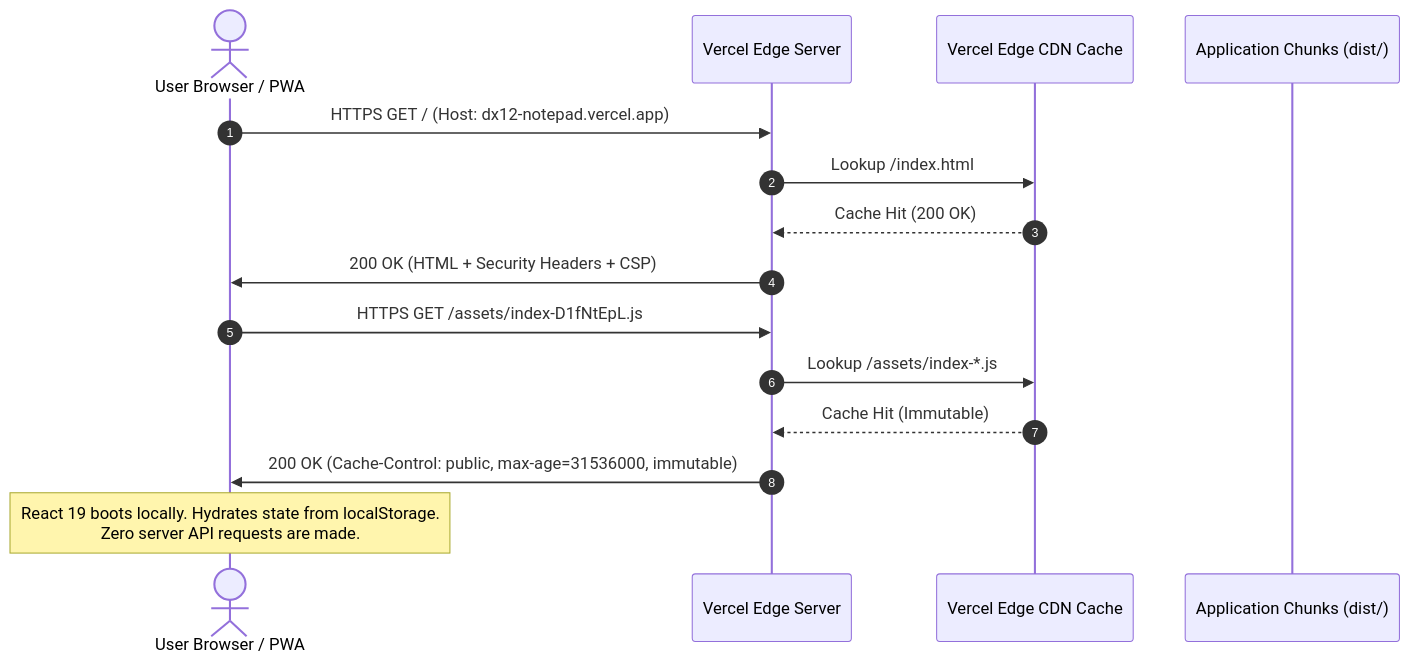
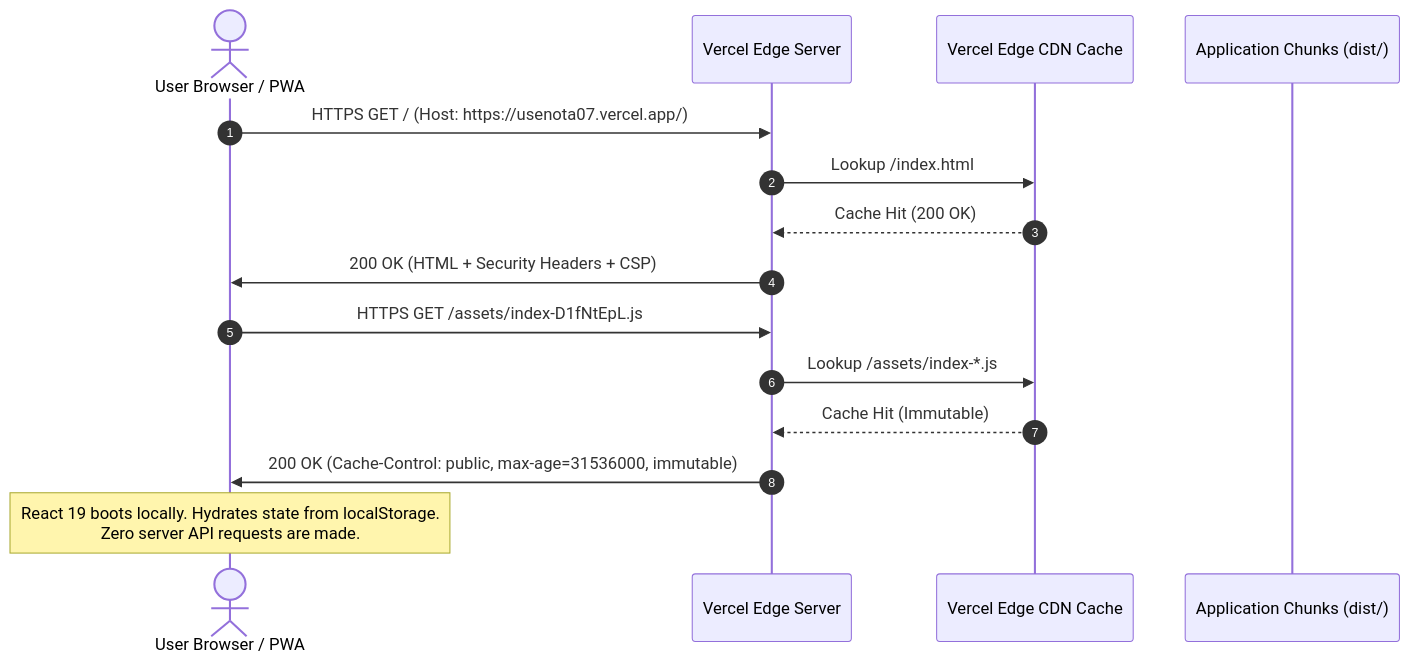
One commit to abhishekmishra9051/N-TA changed the fourth of 12 diagrams in ARCHITECTURE.md. Above: the diagram before and after it, drawn with Mermaid. The commit also changed other lines of this file and 4 other files, not shown here.

````diff
--- a/ARCHITECTURE.md
+++ b/ARCHITECTURE.md
@@ -220,20 +220,20 @@
 ```mermaid
 sequenceDiagram
     autonumber
     actor Client as User Browser / PWA
     participant Edge as Vercel Edge Server
     participant Cache as Vercel Edge CDN Cache
     participant Static as Application Chunks (dist/)
 
-    Client->>Edge: HTTPS GET / (Host: dx12-notepad.vercel.app)
+    Client->>Edge: HTTPS GET / (Host: https://usenota07.vercel.app/)
     Edge->>Cache: Lookup /index.html
     Cache-->>Edge: Cache Hit (200 OK)
     Edge->>Client: 200 OK (HTML + Security Headers + CSP)
     
     Client->>Edge: HTTPS GET /assets/index-D1fNtEpL.js
     Edge->>Cache: Lookup /assets/index-*.js
     Cache-->>Edge: Cache Hit (Immutable)
     Edge->>Client: 200 OK (Cache-Control: public, max-age=31536000, immutable)
 
     Note over Client: React 19 boots locally. Hydrates state from localStorage.<br/>Zero server API requests are made.
 ```
````
